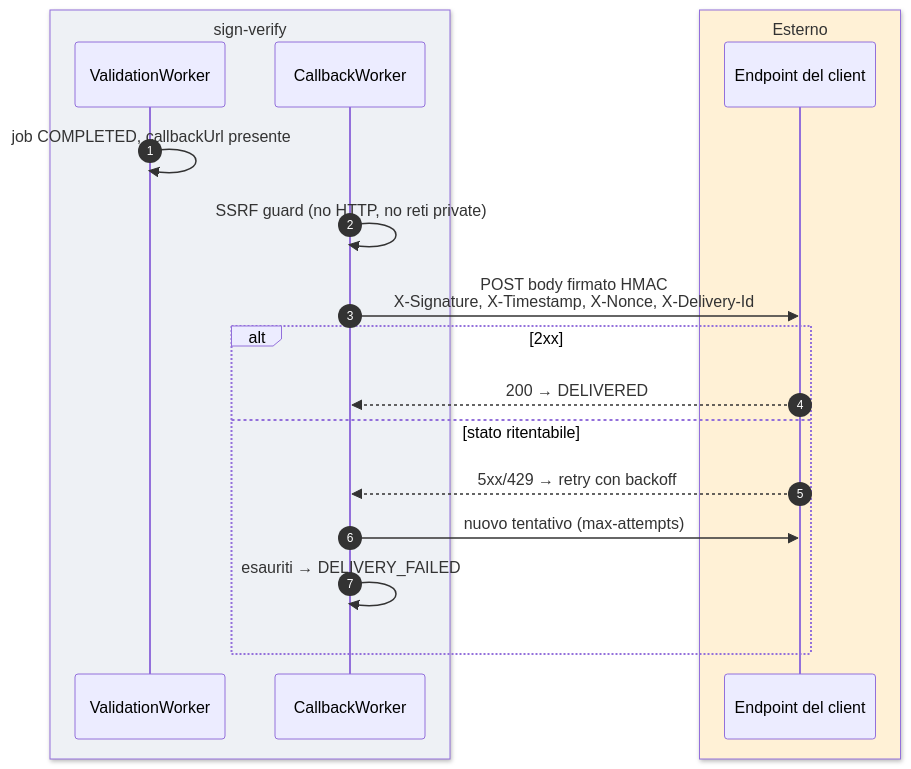
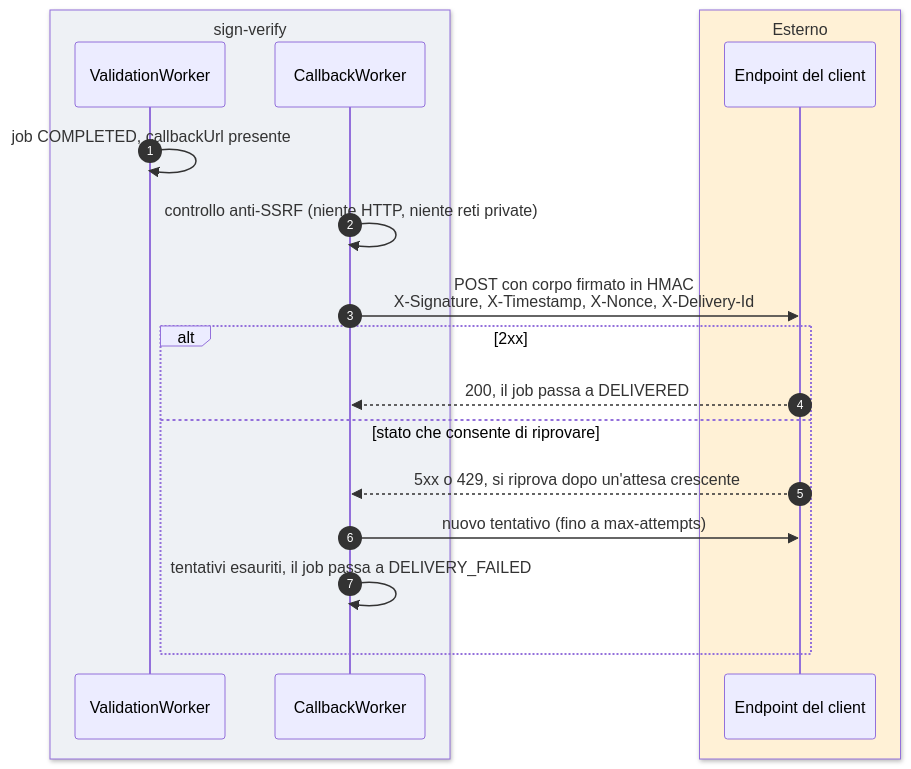
Before and after one commit to toresoft/sign-verify: the fourth of 4 diagrams in docs/it/05-verifica-firme.md, drawn with Mermaid. The commit also changed other lines of this file and 14 other files, not shown here.

````diff
--- a/docs/it/05-verifica-firme.md
+++ b/docs/it/05-verifica-firme.md
@@ -588,21 +598,21 @@
 ```mermaid
 sequenceDiagram
     autonumber
     box rgb(238,241,245) sign-verify
     participant W as ValidationWorker
     participant CW as CallbackWorker
     end
     box rgb(255,241,214) Esterno
     participant E as Endpoint del client
     end
     W->>W: job COMPLETED, callbackUrl presente
-    CW->>CW: SSRF guard (no HTTP, no reti private)
-    CW->>E: POST body firmato HMAC<br/>X-Signature, X-Timestamp, X-Nonce, X-Delivery-Id
+    CW->>CW: controllo anti-SSRF (niente HTTP, niente reti private)
+    CW->>E: POST con corpo firmato in HMAC<br/>X-Signature, X-Timestamp, X-Nonce, X-Delivery-Id
     alt 2xx
-        E-->>CW: 200 → DELIVERED
-    else stato ritentabile
-        E-->>CW: 5xx/429 → retry con backoff
-        CW->>E: nuovo tentativo (max-attempts)
-        CW->>CW: esauriti → DELIVERY_FAILED
+        E-->>CW: 200, il job passa a DELIVERED
+    else stato che consente di riprovare
+        E-->>CW: 5xx o 429, si riprova dopo un'attesa crescente
+        CW->>E: nuovo tentativo (fino a max-attempts)
+        CW->>CW: tentativi esauriti, il job passa a DELIVERY_FAILED
     end
 ```
````
